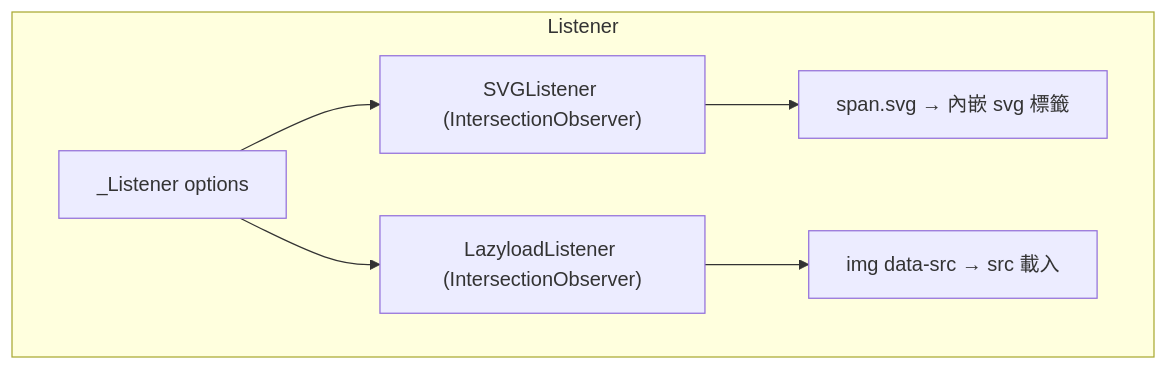
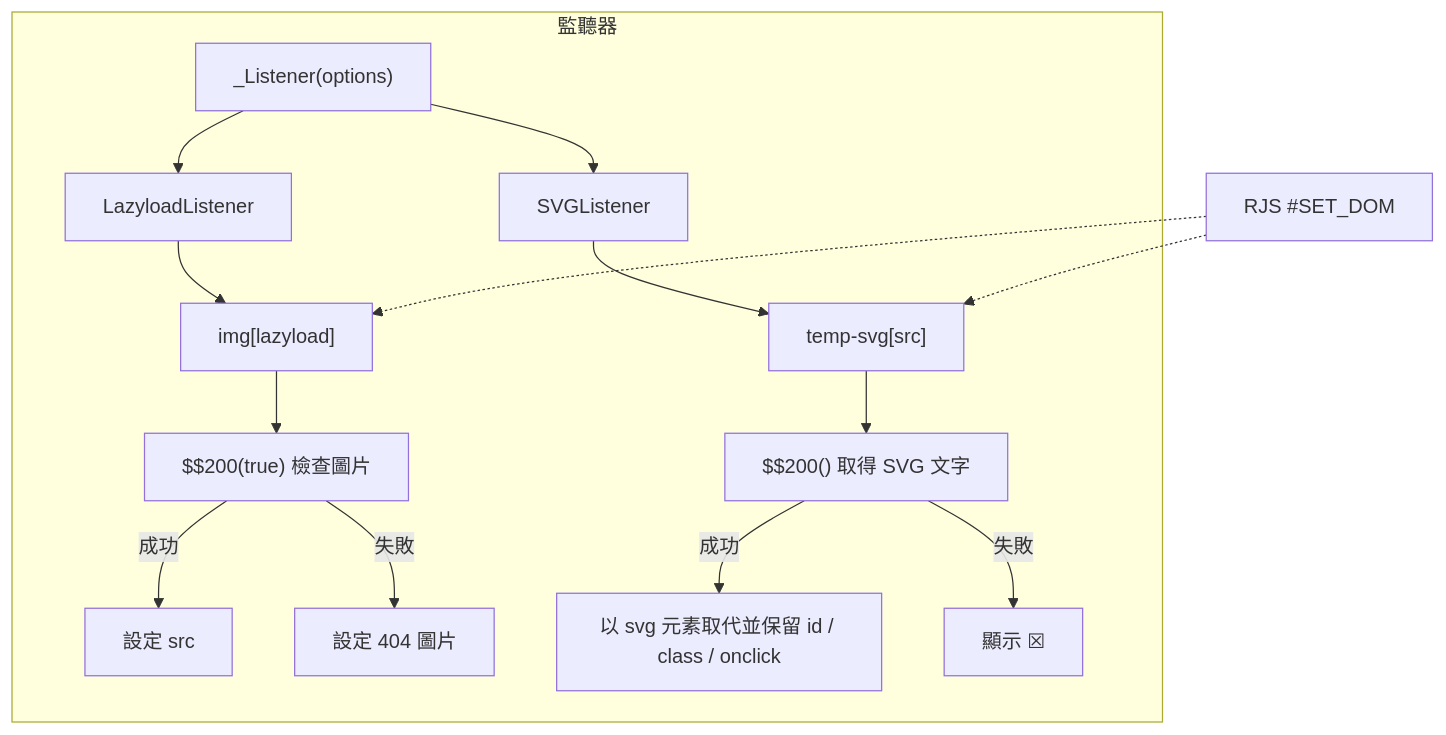
The sixth of 7 diagrams in doc/architecture.zh.md (pardnio/RenderJS), drawn with Mermaid before and after one commit. The commit also changed other lines of this file and 8 other files, not shown here.

````diff
--- a/doc/architecture.zh.md
+++ b/doc/architecture.zh.md
@@ -99,9 +137,17 @@
 ```mermaid
 graph TB
-    subgraph Listener
-        Init[_Listener options] --> SVGObs["SVGListener (IntersectionObserver)"]
-        Init --> LazyObs["LazyloadListener (IntersectionObserver)"]
-        SVGObs --> ReplaceSVG[span.svg → 內嵌 svg 標籤]
-        LazyObs --> LoadImg[img data-src → src 載入]
+    subgraph 監聽器
+        Init["_Listener(options)"] --> Lazy[LazyloadListener]
+        Init --> SVG[SVGListener]
+        Lazy --> LazyScan["img[lazyload]"]
+        LazyScan --> Probe["$$200(true) 檢查圖片"]
+        Probe -->|成功| SetSrc[設定 src]
+        Probe -->|失敗| Fallback[設定 404 圖片]
+        SVG --> SVGScan["temp-svg[src]"]
+        SVGScan --> Fetch["$$200() 取得 SVG 文字"]
+        Fetch -->|成功| Inline[以 svg 元素取代並保留 id / class / onclick]
+        Fetch -->|失敗| Mark["顯示 ☒"]
     end
+    RJS["RJS #SET_DOM"] -.-> LazyScan
+    RJS -.-> SVGScan
 ```
````
